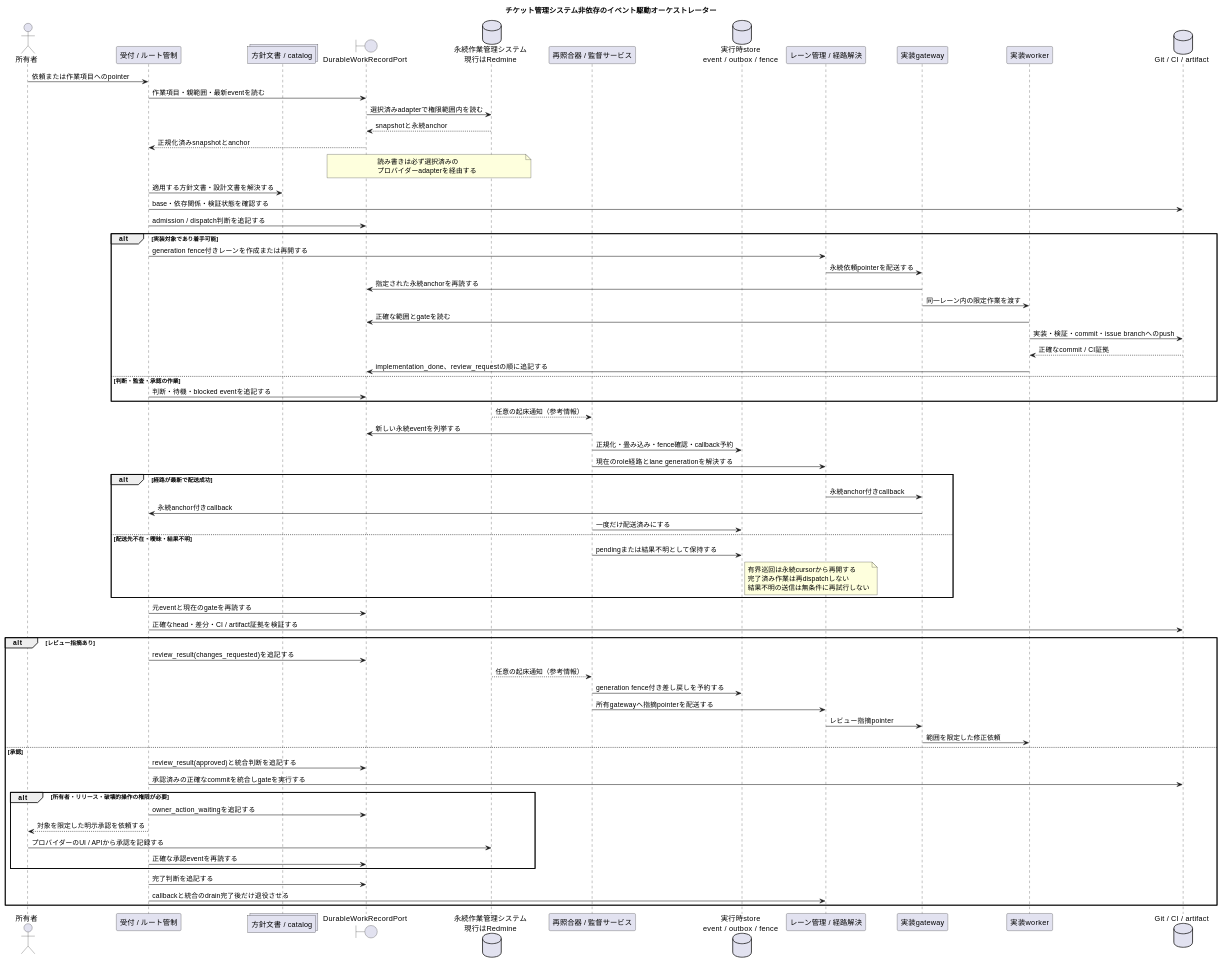
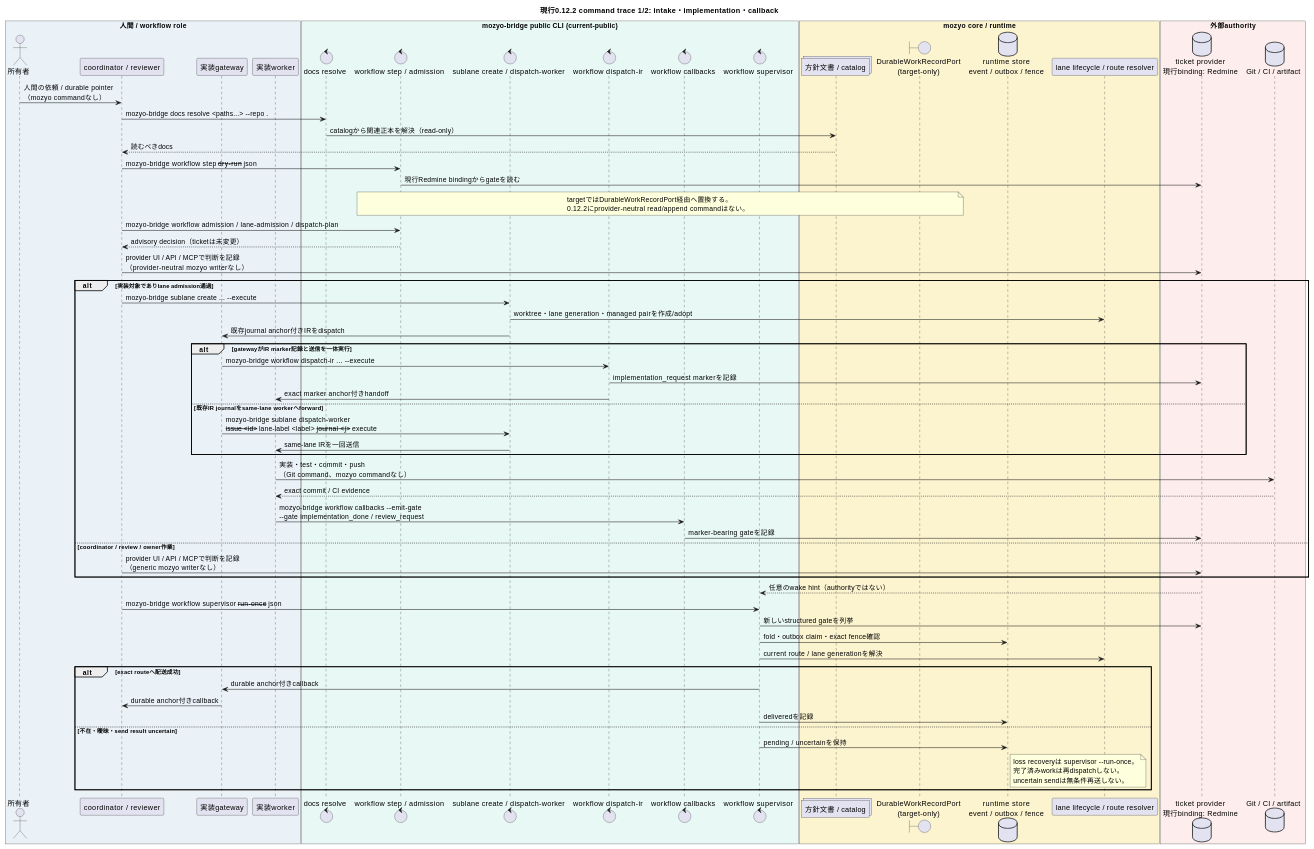
The first of 2 diagrams in vibes/docs/logics/ticket-system-neutral-orchestrator.md (hollySizzle/mozyo_bridge), drawn with PlantUML before and after one commit. The commit also changed other lines of this file, not shown here.

First line of the commit message:
Clarify orchestrator command traceability

````diff
--- a/vibes/docs/logics/ticket-system-neutral-orchestrator.md
+++ b/vibes/docs/logics/ticket-system-neutral-orchestrator.md
@@ -107,83 +184,85 @@
 ```plantuml
-@startuml ticket_system_neutral_orchestrator
-title チケット管理システム非依存のイベント駆動オーケストレーター
+@startuml ticket_system_neutral_orchestrator_intake
+title 現行0.12.2 command trace 1/2: intake・implementation・callback
 
+box "人間 / workflow role" #EAF2F8
 actor "所有者" as Owner
-participant "受付 / ルート管制" as Coordinator
-collections "方針文書 / catalog" as Policy
-boundary "DurableWorkRecordPort" as WorkPort
-database "永続作業管理システム\n現行はRedmine" as WorkSystem
-participant "再照合器 / 監督サービス" as Supervisor
-database "実行時store\nevent / outbox / fence" as Runtime
-participant "レーン管理 / 経路解決" as Lane
+participant "coordinator / reviewer" as Coordinator
 participant "実装gateway" as Gateway
 participant "実装worker" as Worker
+end box
+
+box "mozyo-bridge public CLI (current-public)" #E8F8F5
+control "docs resolve" as DocsCLI
+control "workflow step / admission" as DecisionCLI
+control "sublane create / dispatch-worker" as SublaneCLI
+control "workflow dispatch-ir" as DispatchCLI
+control "workflow callbacks" as CallbackCLI
+control "workflow supervisor" as SupervisorCLI
+end box
+
+box "mozyo core / runtime" #FCF3CF
+collections "方針文書 / catalog" as Policy
+boundary "DurableWorkRecordPort\n(target-only)" as WorkPort
+database "runtime store\nevent / outbox / fence" as Runtime
+participant "lane lifecycle / route resolver" as Lane
+end box
+
+box "外部authority" #FDEDEC
+database "ticket provider\n現行binding: Redmine" as WorkSystem
 database "Git / CI / artifact" as Git
+end box
 
-Owner -> Coordinator: 依頼または作業項目へのpointer
-Coordinator -> WorkPort: 作業項目・親範囲・最新eventを読む
-WorkPort -> WorkSystem: 選択済みadapterで権限範囲内を読む
-WorkSystem --> WorkPort: snapshotと永続anchor
-WorkPort --> Coordinator: 正規化済みsnapshotとanchor
-note over WorkPort, WorkSystem
-  読み書きは必ず選択済みの
-  プロバイダーadapterを経由する
+Owner -> Coordinator: 人間の依頼 / durable pointer\n（mozyo commandなし）
+Coordinator -> DocsCLI: mozyo-bridge docs resolve <paths...> --repo .
+DocsCLI -> Policy: catalogから関連正本を解決（read-only）
+Policy --> Coordinator: 読むべきdocs
+Coordinator -> DecisionCLI: mozyo-bridge workflow step --dry-run --json
+DecisionCLI -> WorkSystem: 現行Redmine bindingからgateを読む
+note over DecisionCLI, WorkPort
+  targetではDurableWorkRecordPort経由へ置換する。
+  0.12.2にprovider-neutral read/append commandはない。
 end note
-Coordinator -> Policy: 適用する方針文書・設計文書を解決する
-Coordinator -> Git: base・依存関係・検証状態を確認する
-Coordinator -> WorkPort: admission / dispatch判断を追記する
+Coordinator -> DecisionCLI: mozyo-bridge workflow admission / lane-admission / dispatch-plan
+DecisionCLI --> Coordinator: advisory decision（ticketは未変更）
+Coordinator -> WorkSystem: provider UI / API / MCPで判断を記録\n（provider-neutral mozyo writerなし）
 
-alt 実装対象であり着手可能
-  Coordinator -> Lane: generation fence付きレーンを作成または再開する
-  Lane -> Gateway: 永続依頼pointerを配送する
-  Gateway -> WorkPort: 指定された永続anchorを再読する
-  Gateway -> Worker: 同一レーン内の限定作業を渡す
-  Worker -> WorkPort: 正確な範囲とgateを読む
-  Worker -> Git: 実装・検証・commit・issue branchへのpush
-  Git --> Worker: 正確なcommit / CI証拠
-  Worker -> WorkPort: implementation_done、review_requestの順に追記する
-else 判断・監査・承認の作業
-  Coordinator -> WorkPort: 判断・待機・blocked eventを追記する
+alt 実装対象でありlane admission通過
+  Coordinator -> SublaneCLI: mozyo-bridge sublane create ... --execute
+  SublaneCLI -> Lane: worktree・lane generation・managed pairを作成/adopt
+  SublaneCLI -> Gateway: 既存journal anchor付きIRをdispatch
+  alt gatewayがIR marker記録と送信を一体実行
+    Gateway -> DispatchCLI: mozyo-bridge workflow dispatch-ir ... --execute
+    DispatchCLI -> WorkSystem: implementation_request markerを記録
+    DispatchCLI -> Worker: exact marker anchor付きhandoff
+  else 既存IR journalをsame-lane workerへforward
+    Gateway -> SublaneCLI: mozyo-bridge sublane dispatch-worker\n--issue <id> --lane-label <label> --journal <j> --execute
+    SublaneCLI -> Worker: same-lane IRを一回送信
+  end
+  Worker -> Git: 実装・test・commit・push\n（Git command、mozyo commandなし）
+  Git --> Worker: exact commit / CI evidence
+  Worker -> CallbackCLI: mozyo-bridge workflow callbacks --emit-gate\n--gate implementation_done / review_request
+  CallbackCLI -> WorkSystem: marker-bearing gateを記録
+else coordinator / review / owner作業
+  Coordinator -> WorkSystem: provider UI / API / MCPで判断を記録\n（generic mozyo writerなし）
 end
 
-WorkSystem --> Supervisor: 任意の起床通知（参考情報）
-Supervisor -> WorkPort: 新しい永続eventを列挙する
-Supervisor -> Runtime: 正規化・畳み込み・fence確認・callback予約
-Supervisor -> Lane: 現在のrole経路とlane generationを解決する
-
-alt 経路が最新で配送成功
-  Lane -> Gateway: 永続anchor付きcallback
-  Gateway -> Coordinator: 永続anchor付きcallback
-  Supervisor -> Runtime: 一度だけ配送済みにする
-else 配送先不在・曖昧・結果不明
-  Supervisor -> Runtime: pendingまたは結果不明として保持する
+WorkSystem --> SupervisorCLI: 任意のwake hint（authorityではない）
+Coordinator -> SupervisorCLI: mozyo-bridge workflow supervisor --run-once --json
+SupervisorCLI -> WorkSystem: 新しいstructured gateを列挙
+SupervisorCLI -> Runtime: fold・outbox claim・exact fence確認
+SupervisorCLI -> Lane: current route / lane generationを解決
+alt exact routeへ配送成功
+  SupervisorCLI -> Gateway: durable anchor付きcallback
+  Gateway -> Coordinator: durable anchor付きcallback
+  SupervisorCLI -> Runtime: deliveredを記録
+else 不在・曖昧・send result uncertain
+  SupervisorCLI -> Runtime: pending / uncertainを保持
   note right of Runtime
-    有界巡回は永続cursorから再開する
-    完了済み作業は再dispatchしない
-    結果不明の送信は無条件に再試行しない
+    loss recoveryは supervisor --run-once。
+    完了済みworkは再dispatchしない。
+    uncertain sendは無条件再送しない。
   end note
-end
-
-Coordinator -> WorkPort: 元eventと現在のgateを再読する
-Coordinator -> Git: 正確なhead・差分・CI / artifact証拠を検証する
-alt レビュー指摘あり
-  Coordinator -> WorkPort: review_result(changes_requested)を追記する
-  WorkSystem --> Supervisor: 任意の起床通知（参考情報）
-  Supervisor -> Runtime: generation fence付き差し戻しを予約する
-  Supervisor -> Lane: 所有gatewayへ指摘pointerを配送する
-  Lane -> Gateway: レビュー指摘pointer
-  Gateway -> Worker: 範囲を限定した修正依頼
-else 承認
-  Coordinator -> WorkPort: review_result(approved)と統合判断を追記する
-  Coordinator -> Git: 承認済みの正確なcommitを統合しgateを実行する
-  alt 所有者・リリース・破壊的操作の権限が必要
-    Coordinator -> WorkPort: owner_action_waitingを追記する
-    Coordinator --> Owner: 対象を限定した明示承認を依頼する
-    Owner -> WorkSystem: プロバイダーのUI / APIから承認を記録する
-    Coordinator -> WorkPort: 正確な承認eventを再読する
-  end
-  Coordinator -> WorkPort: 完了判断を追記する
-  Coordinator -> Lane: callbackと統合のdrain完了後だけ退役させる
 end
 @enduml
 ```
````
